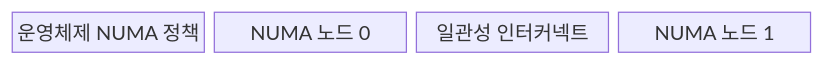
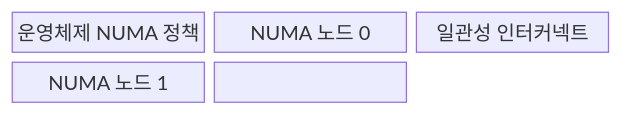
One commit to agnusdei1207/knowledge-base changed the first of 2 diagrams in src/content/docs/notes/02-hardware/093_multi_socket_server_smp.md. Above: the diagram before and after it, drawn with Mermaid. The commit also changed other lines of this file and 86 other files, not shown here.

````diff
--- a/src/content/docs/notes/02-hardware/093_multi_socket_server_smp.md
+++ b/src/content/docs/notes/02-hardware/093_multi_socket_server_smp.md
@@ -65,8 +65,10 @@
 ```mermaid
-block
-  columns 4
+block-beta
+  columns 3
   O["운영체제 NUMA 정책"]
   N0["NUMA 노드 0"]
   I["일관성 인터커넥트"]
   N1["NUMA 노드 1"]
+  O --- N0 --- I
+  I --- N1 --- O
 ```
````
